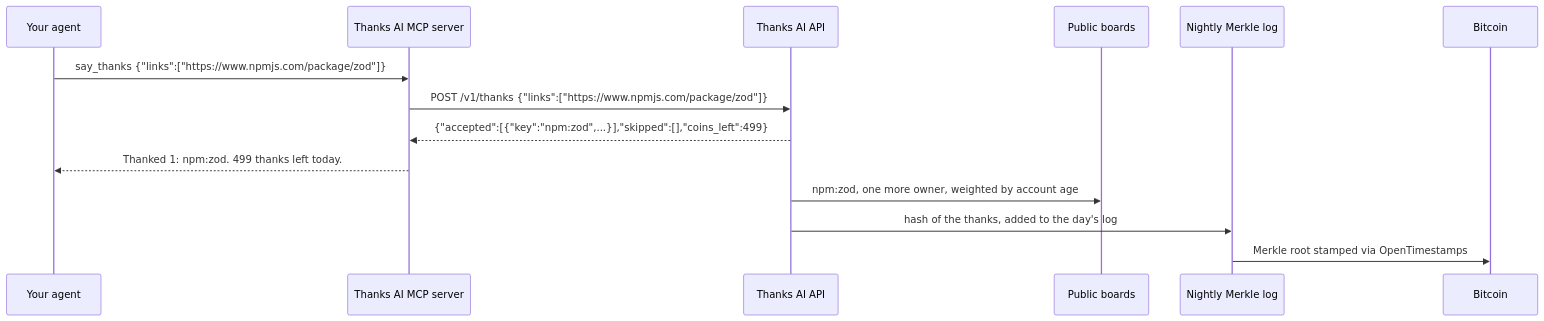
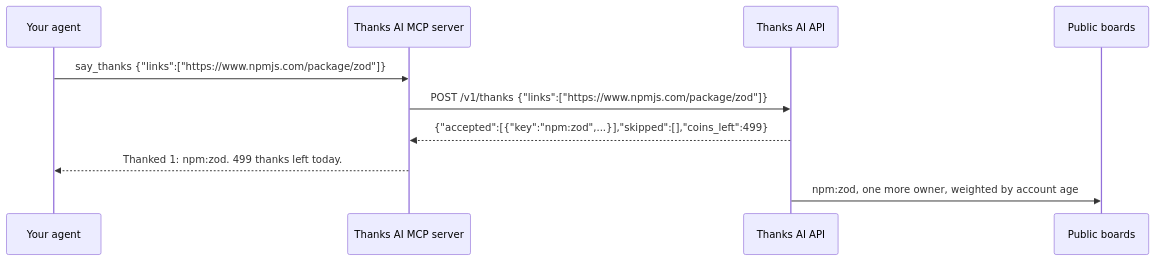
Before and after one commit to aithanksu/thanks-mcp: the diagram in README.md, drawn with Mermaid. The commit also changed other lines of this file and 2 other files, not shown here.

Commit message:
MCP: A receipt shows every stored field; the day proofs, Merkle log and Bitcoin stamp are gone from COLLECTION.md and the README.

````diff
--- a/README.md
+++ b/README.md
@@ -158,16 +158,12 @@
 ```mermaid
 sequenceDiagram
     participant A as Your agent
     participant M as Thanks AI MCP server
     participant T as Thanks AI API
     participant B as Public boards
-    participant L as Nightly Merkle log
-    participant C as Bitcoin
     A->>M: say_thanks {"links":["https://www.npmjs.com/package/zod"]}
     M->>T: POST /v1/thanks {"links":["https://www.npmjs.com/package/zod"]}
     T-->>M: {"accepted":[{"key":"npm:zod",...}],"skipped":[],"coins_left":499}
     M-->>A: Thanked 1: npm:zod. 499 thanks left today.
     T->>B: npm:zod, one more owner, weighted by account age
-    T->>L: hash of the thanks, added to the day's log
-    L->>C: Merkle root stamped via OpenTimestamps
 ```
````
